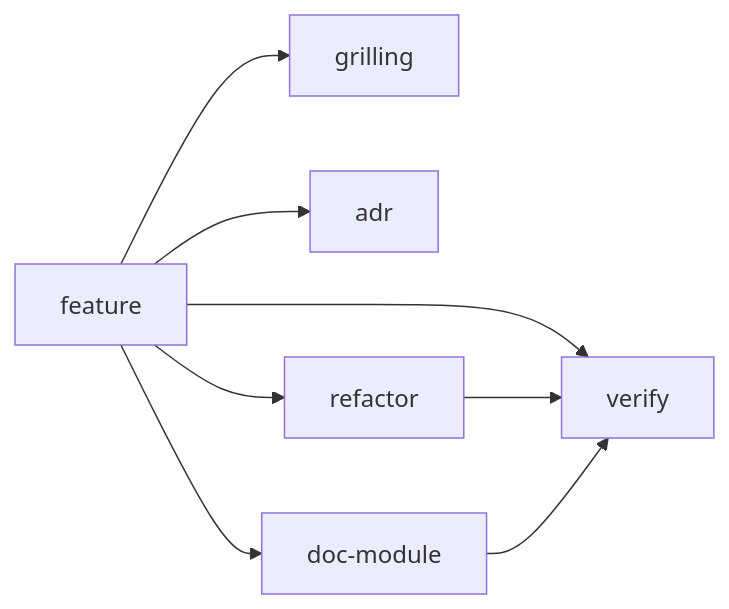
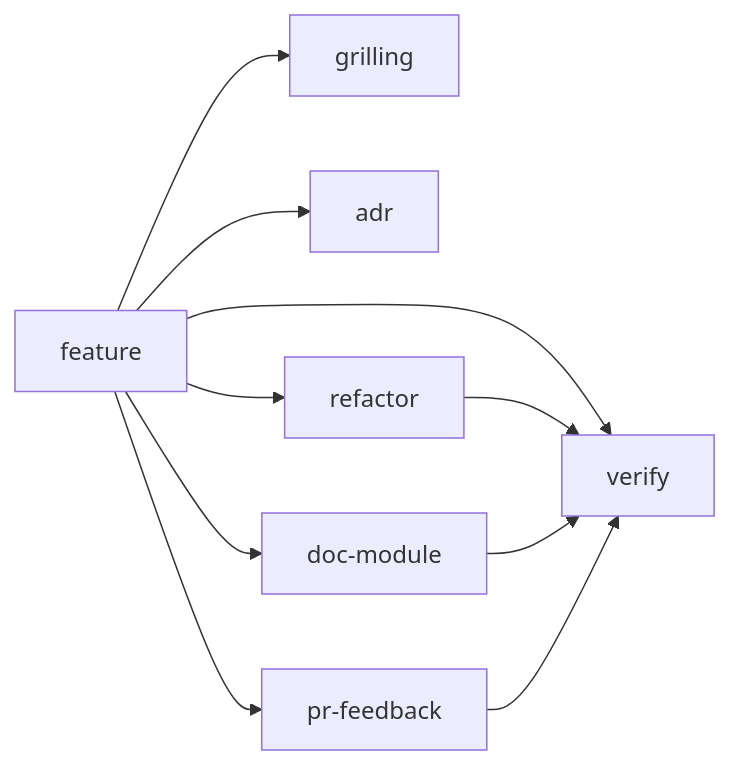
One commit to SMB-M87/Kinetra changed the diagram in .agents/skills/README.md. Above: the diagram before and after it, drawn with Mermaid. The commit also changed other lines of this file and 3 other files, not shown here.

````diff
--- a/.agents/skills/README.md
+++ b/.agents/skills/README.md
@@ -28,10 +29,12 @@
 ```mermaid
 flowchart LR
     F[feature] --> G[grilling]
     F --> A[adr]
     F --> R[refactor]
     F --> V[verify]
     F --> D[doc-module]
     R --> V
     D --> V
+    F --> P[pr-feedback]
+    P --> V
 ```
````
